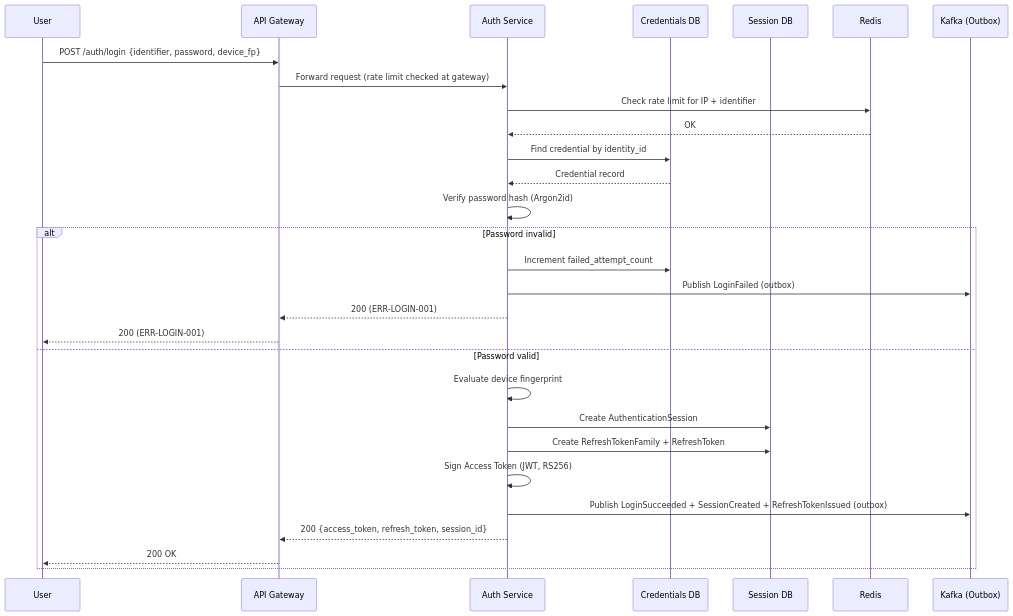
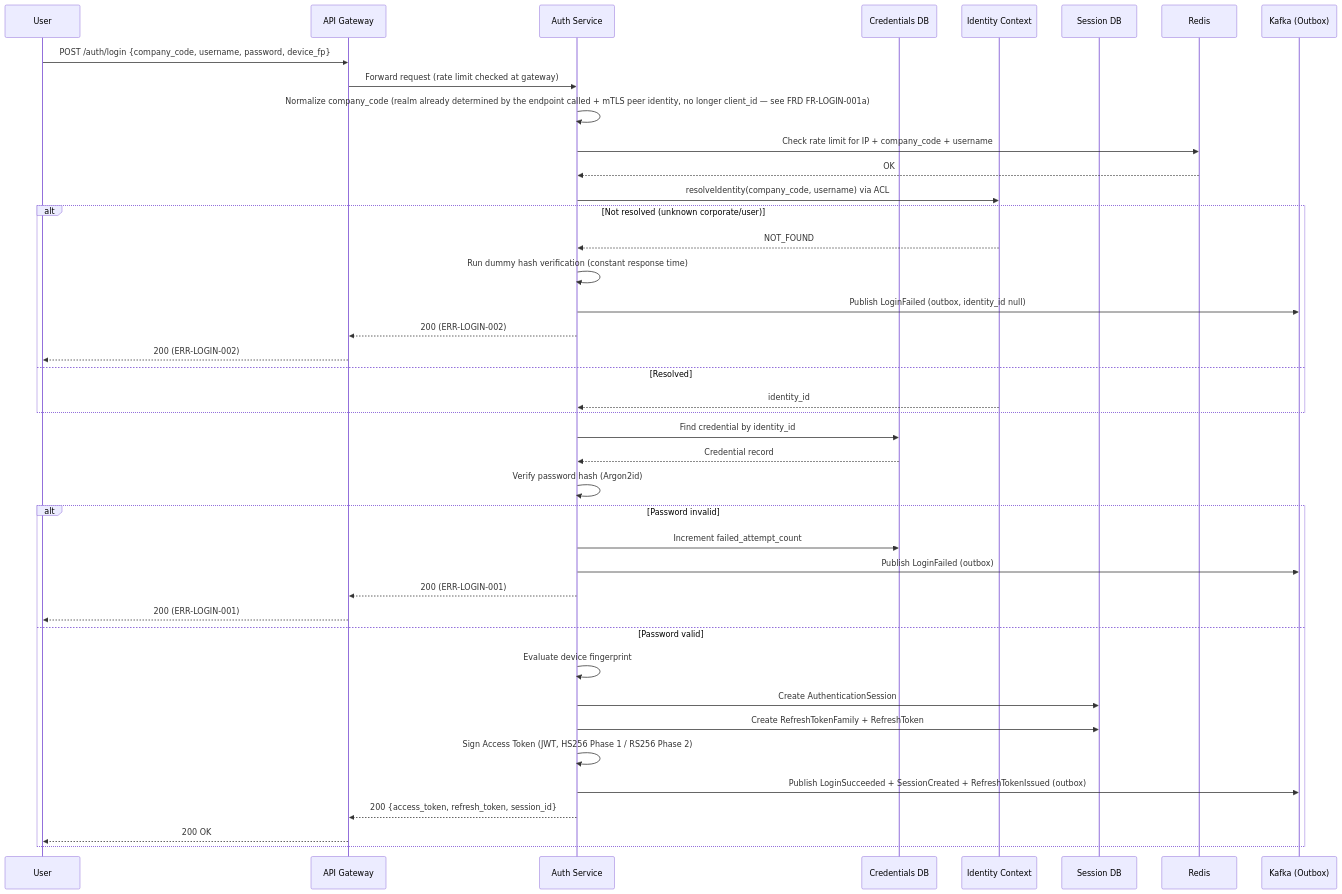
One commit to kurnhyalcantara/docs changed the seventh of 15 diagrams in authentication-module-prd_en.md. Above: the diagram before and after it, drawn with Mermaid. The commit also changed other lines of this file, not shown here.

````diff
--- a/authentication-module-prd_en.md
+++ b/authentication-module-prd_en.md
@@ -1687,32 +1842,44 @@
 ```mermaid
 sequenceDiagram
     participant U as User
     participant AP as API Gateway
     participant AS as Auth Service
     participant CR as Credentials DB
+    participant ID as Identity Context
     participant SD as Session DB
     participant RD as Redis
     participant KB as Kafka (Outbox)
 
-    U->>AP: POST /auth/login {identifier, password, device_fp}
+    U->>AP: POST /auth/login {company_code, username, password, device_fp}
     AP->>AS: Forward request (rate limit checked at gateway)
-    AS->>RD: Check rate limit for IP + identifier
+    AS->>AS: Normalize company_code (realm already determined by the endpoint called + mTLS peer identity, no longer client_id — see FRD FR-LOGIN-001a)
+    AS->>RD: Check rate limit for IP + company_code + username
     RD-->>AS: OK
+    AS->>ID: resolveIdentity(company_code, username) via ACL
+    alt Not resolved (unknown corporate/user)
+        ID-->>AS: NOT_FOUND
+        AS->>AS: Run dummy hash verification (constant response time)
+        AS->>KB: Publish LoginFailed (outbox, identity_id null)
+        AS-->>AP: 200 (ERR-LOGIN-002)
+        AP-->>U: 200 (ERR-LOGIN-002)
+    else Resolved
+        ID-->>AS: identity_id
+    end
     AS->>CR: Find credential by identity_id
     CR-->>AS: Credential record
     AS->>AS: Verify password hash (Argon2id)
     alt Password invalid
         AS->>CR: Increment failed_attempt_count
         AS->>KB: Publish LoginFailed (outbox)
         AS-->>AP: 200 (ERR-LOGIN-001)
         AP-->>U: 200 (ERR-LOGIN-001)
     else Password valid
         AS->>AS: Evaluate device fingerprint
         AS->>SD: Create AuthenticationSession
         AS->>SD: Create RefreshTokenFamily + RefreshToken
-        AS->>AS: Sign Access Token (JWT, RS256)
+        AS->>AS: Sign Access Token (JWT, HS256 Phase 1 / RS256 Phase 2)
         AS->>KB: Publish LoginSucceeded + SessionCreated + RefreshTokenIssued (outbox)
         AS-->>AP: 200 {access_token, refresh_token, session_id}
         AP-->>U: 200 OK
     end
 ```
````
